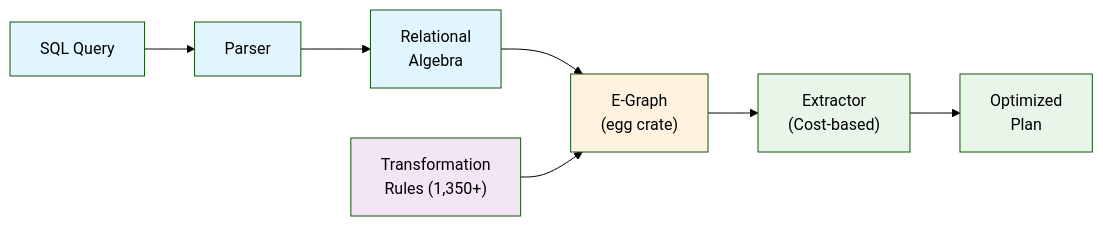
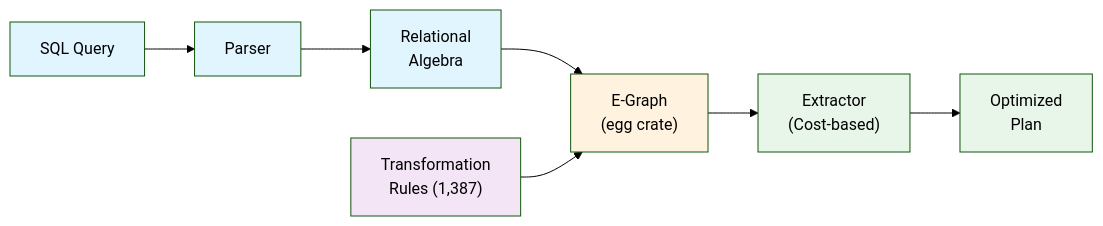
One commit to gburd/ra changed the diagram in docs/readme.md. Above: the diagram before and after it, drawn with Mermaid (forest theme). The commit also changed other lines of this file and 3 other files, not shown here.

````diff
--- a/docs/readme.md
+++ b/docs/readme.md
@@ -133,17 +133,17 @@
 ```mermaid
 graph LR
     SQL["SQL Query"] --> Parser["Parser"]
     Parser --> RA["Relational<br/>Algebra"]
     RA --> EGraph["E-Graph<br/>(egg crate)"]
-    Rules["Transformation<br/>Rules (1,350+)"] --> EGraph
+    Rules["Transformation<br/>Rules (1,387)"] --> EGraph
     EGraph --> Extractor["Extractor<br/>(Cost-based)"]
     Extractor --> Plan["Optimized<br/>Plan"]
 
     style SQL fill:#e1f5fe
     style Parser fill:#e1f5fe
     style RA fill:#e1f5fe
     style EGraph fill:#fff3e0
     style Rules fill:#f3e5f5
     style Extractor fill:#e8f5e9
     style Plan fill:#e8f5e9
 ```
````
